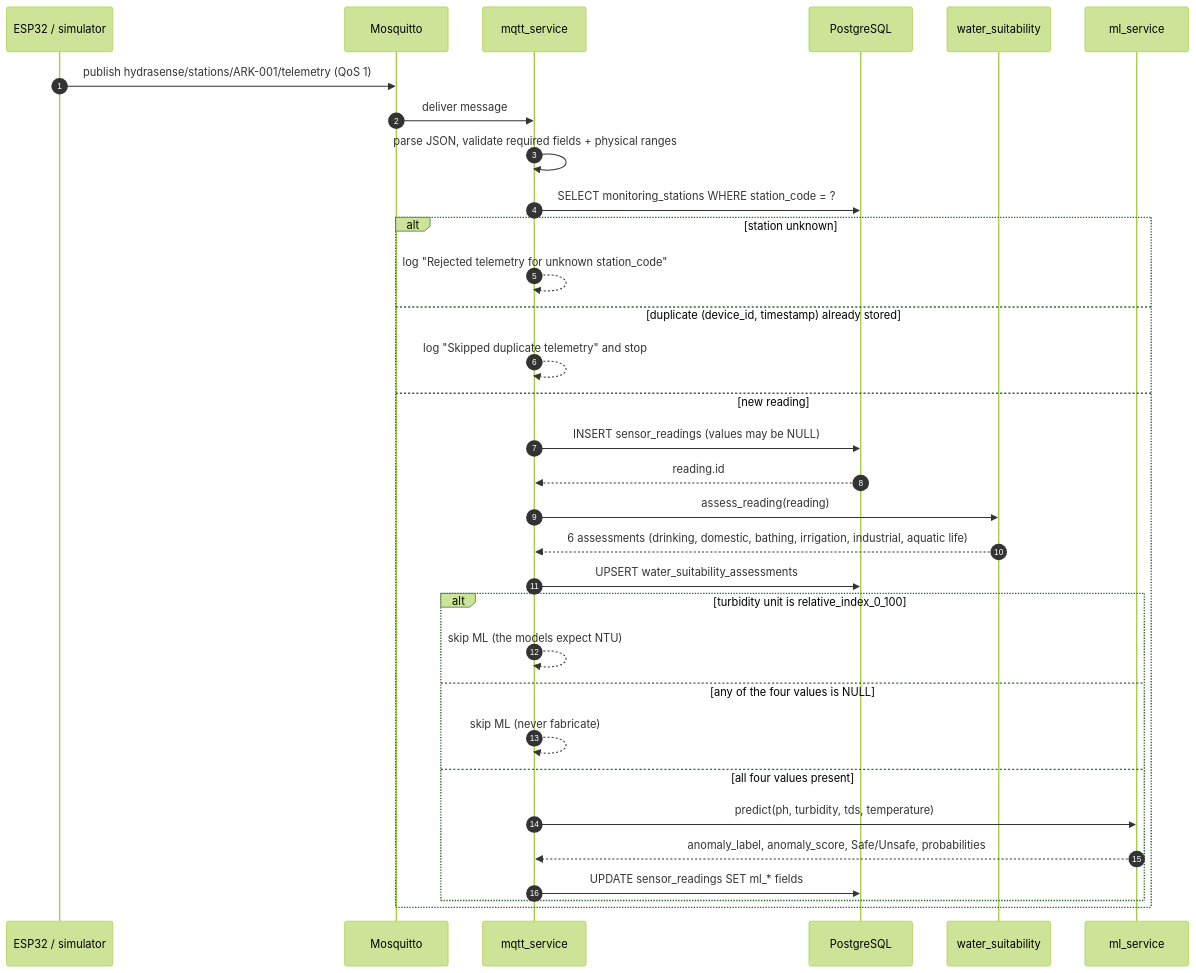
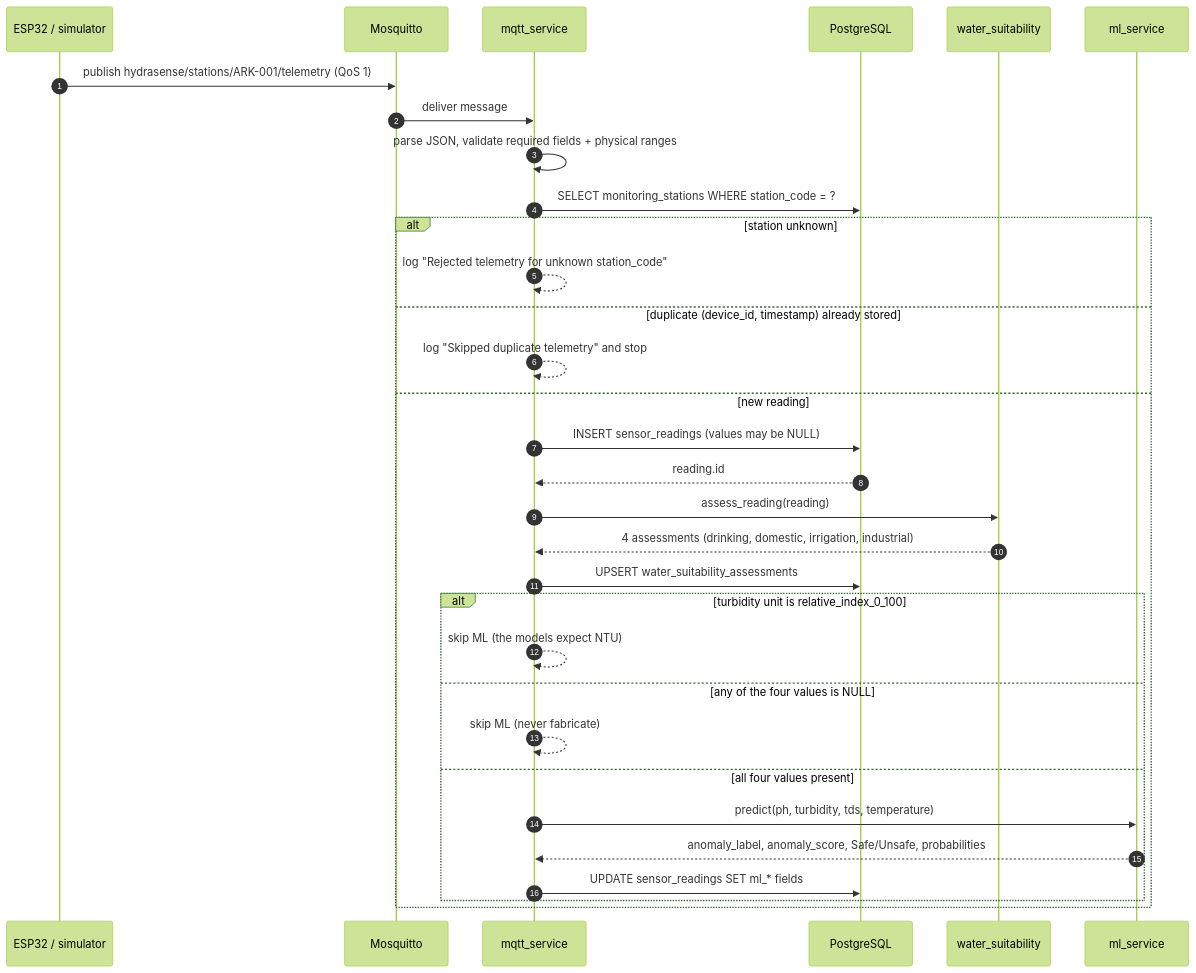
The second of 4 diagrams in docs/PROJECT_GUIDE.md (deepak251817-collab/Hydrasense-water-intelligence), drawn with Mermaid (forest theme) before and after one commit. The commit also changed other lines of this file and 49 other files, not shown here.

Commit message:
Remove swimming and aquaculture use cases; sync docs, schemas and tests to the applied analysis surface

````diff
--- a/docs/PROJECT_GUIDE.md
+++ b/docs/PROJECT_GUIDE.md
@@ -112,35 +113,35 @@
 ```mermaid
 sequenceDiagram
     autonumber
     participant D as ESP32 / simulator
     participant B as Mosquitto
     participant M as mqtt_service
     participant DB as PostgreSQL
     participant S as water_suitability
     participant ML as ml_service
 
     D->>B: publish hydrasense/stations/ARK-001/telemetry (QoS 1)
     B->>M: deliver message
     M->>M: parse JSON, validate required fields + physical ranges
     M->>DB: SELECT monitoring_stations WHERE station_code = ?
     alt station unknown
         M-->>M: log "Rejected telemetry for unknown station_code"
     else duplicate (device_id, timestamp) already stored
         M-->>M: log "Skipped duplicate telemetry" and stop
     else new reading
         M->>DB: INSERT sensor_readings (values may be NULL)
         DB-->>M: reading.id
         M->>S: assess_reading(reading)
-        S-->>M: 6 assessments (drinking, domestic, bathing, irrigation, industrial, aquatic life)
+        S-->>M: 4 assessments (drinking, domestic, irrigation, industrial)
         M->>DB: UPSERT water_suitability_assessments
         alt turbidity unit is relative_index_0_100
             M-->>M: skip ML (the models expect NTU)
         else any of the four values is NULL
             M-->>M: skip ML (never fabricate)
         else all four values present
             M->>ML: predict(ph, turbidity, tds, temperature)
             ML-->>M: anomaly_label, anomaly_score, Safe/Unsafe, probabilities
             M->>DB: UPDATE sensor_readings SET ml_* fields
         end
     end
 ```
````
